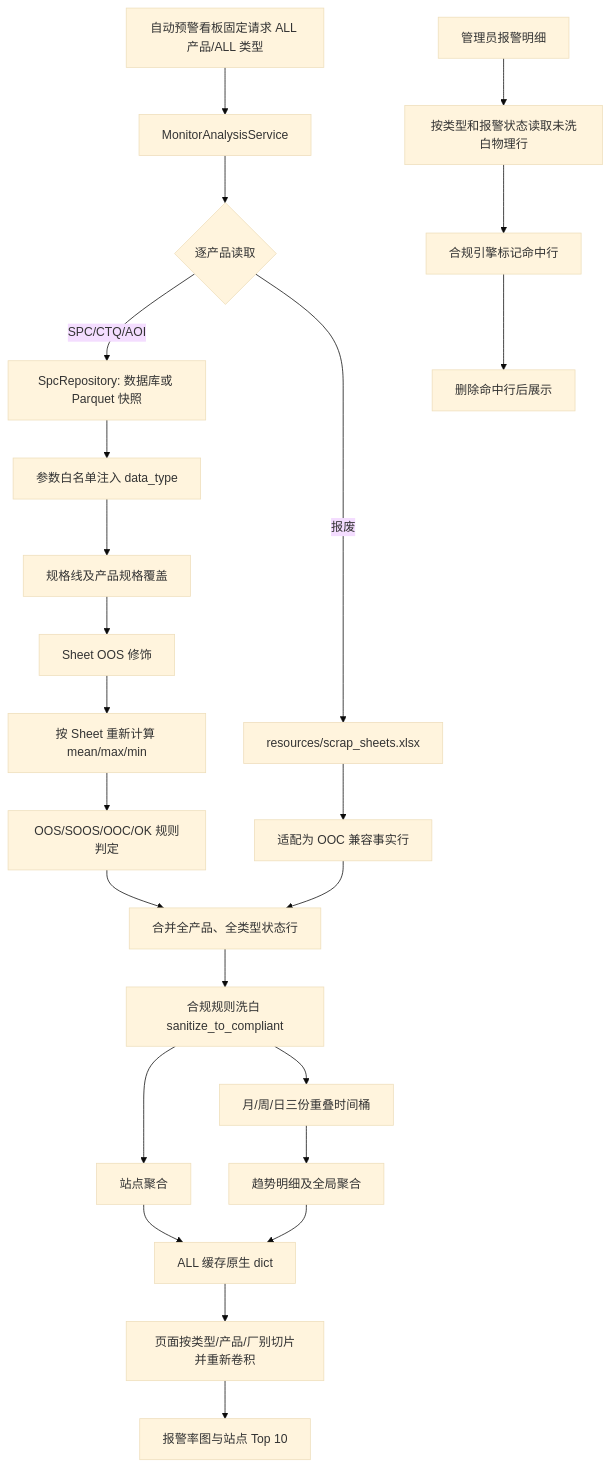
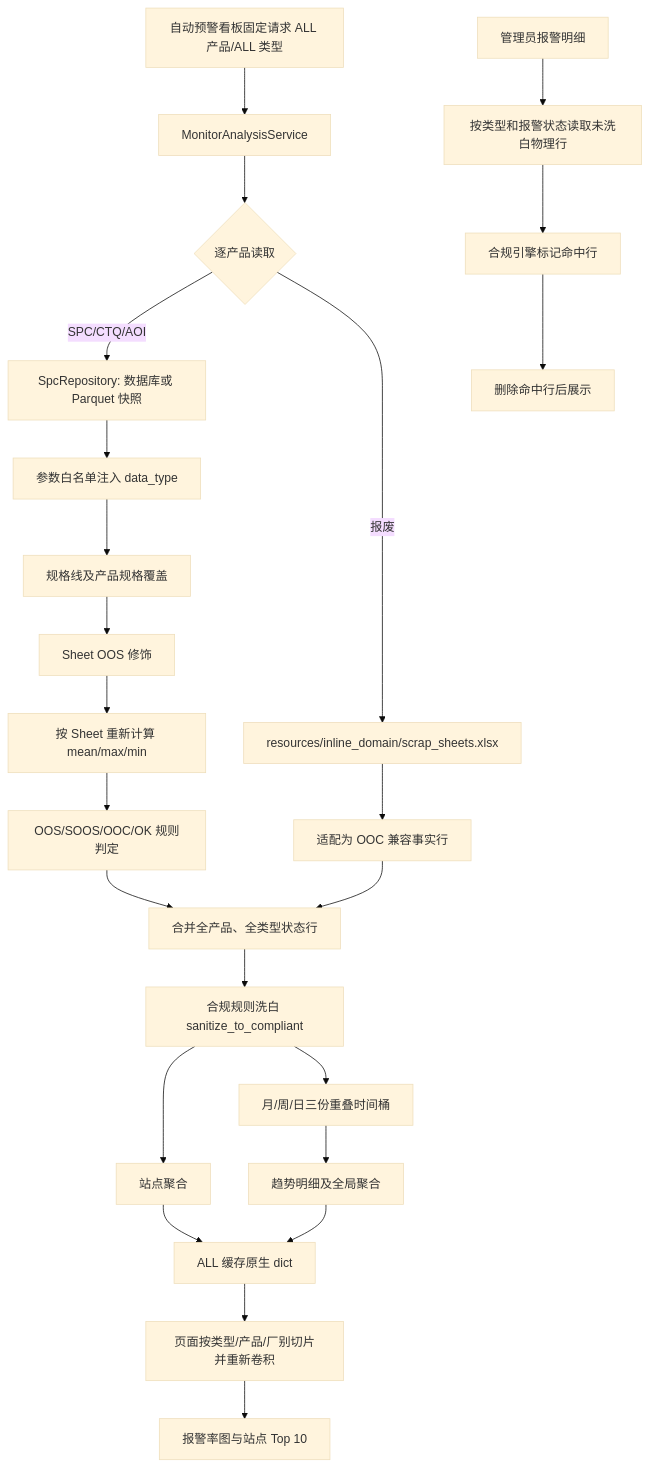
Before and after one commit to wzygio/vivo-project: the diagram in docs/dev_docs/generated/Inline_domain/feat-monitor-data-decoration-chain.md, drawn with Mermaid (base theme). The commit also changed other lines of this file and 46 other files, not shown here.

````diff
--- a/docs/dev_docs/generated/Inline_domain/feat-monitor-data-decoration-chain.md
+++ b/docs/dev_docs/generated/Inline_domain/feat-monitor-data-decoration-chain.md
@@ -20,27 +20,27 @@
 ```mermaid
 flowchart TD
     A[自动预警看板固定请求 ALL 产品/ALL 类型] --> B[MonitorAnalysisService]
     B --> C{逐产品读取}
     C -->|SPC/CTQ/AOI| D[SpcRepository: 数据库或 Parquet 快照]
-    C -->|报废| E[resources/scrap_sheets.xlsx]
+    C -->|报废| E[resources/inline_domain/scrap_sheets.xlsx]
     D --> F[参数白名单注入 data_type]
     F --> G[规格线及产品规格覆盖]
     G --> H[Sheet OOS 修饰]
     H --> I[按 Sheet 重新计算 mean/max/min]
     I --> J[OOS/SOOS/OOC/OK 规则判定]
     E --> K[适配为 OOC 兼容事实行]
     J --> L[合并全产品、全类型状态行]
     K --> L
     L --> M[合规规则洗白 sanitize_to_compliant]
     M --> N[站点聚合]
     M --> O[月/周/日三份重叠时间桶]
     O --> P[趋势明细及全局聚合]
     N --> Q[ALL 缓存原生 dict]
     P --> Q
     Q --> R[页面按类型/产品/厂别切片并重新卷积]
     R --> S[报警率图与站点 Top 10]
 
     T[管理员报警明细] --> U[按类型和报警状态读取未洗白物理行]
     U --> V[合规引擎标记命中行]
     V --> W[删除命中行后展示]
 ```
````
